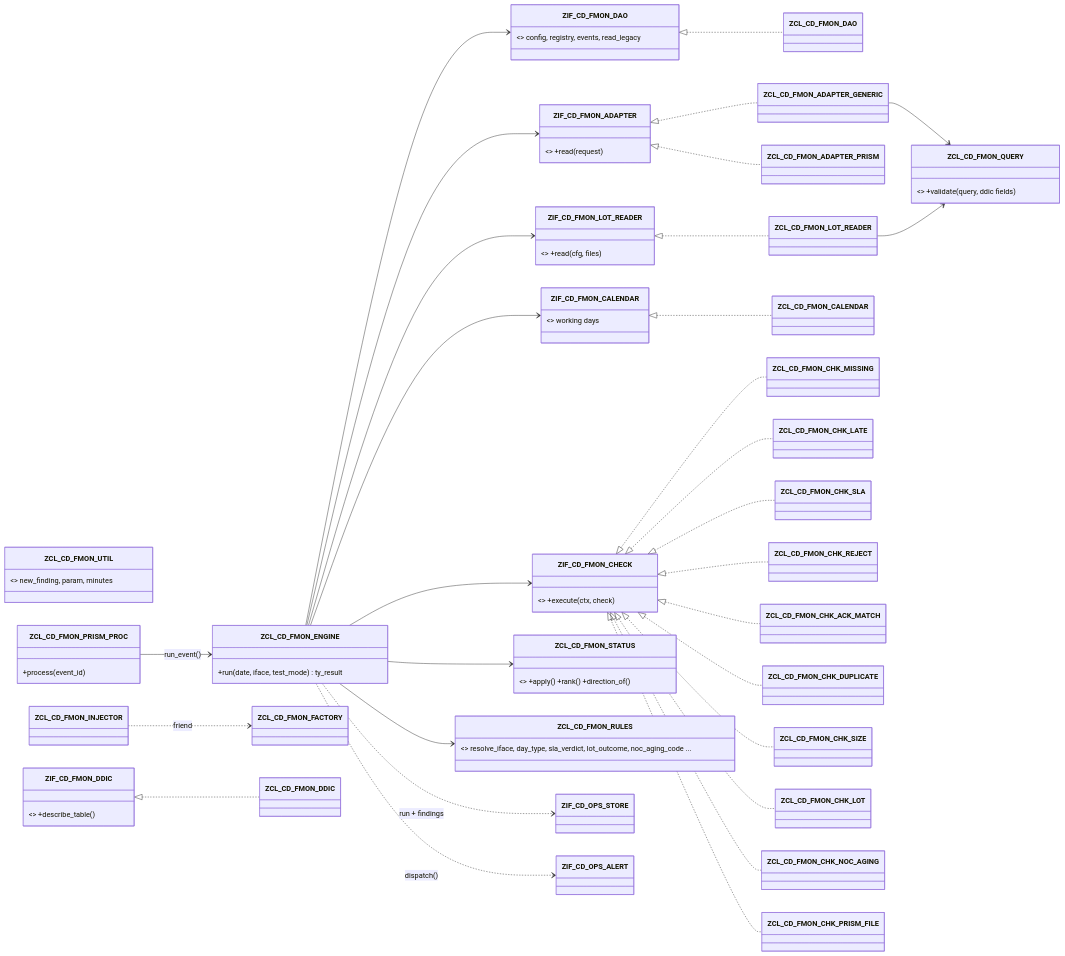
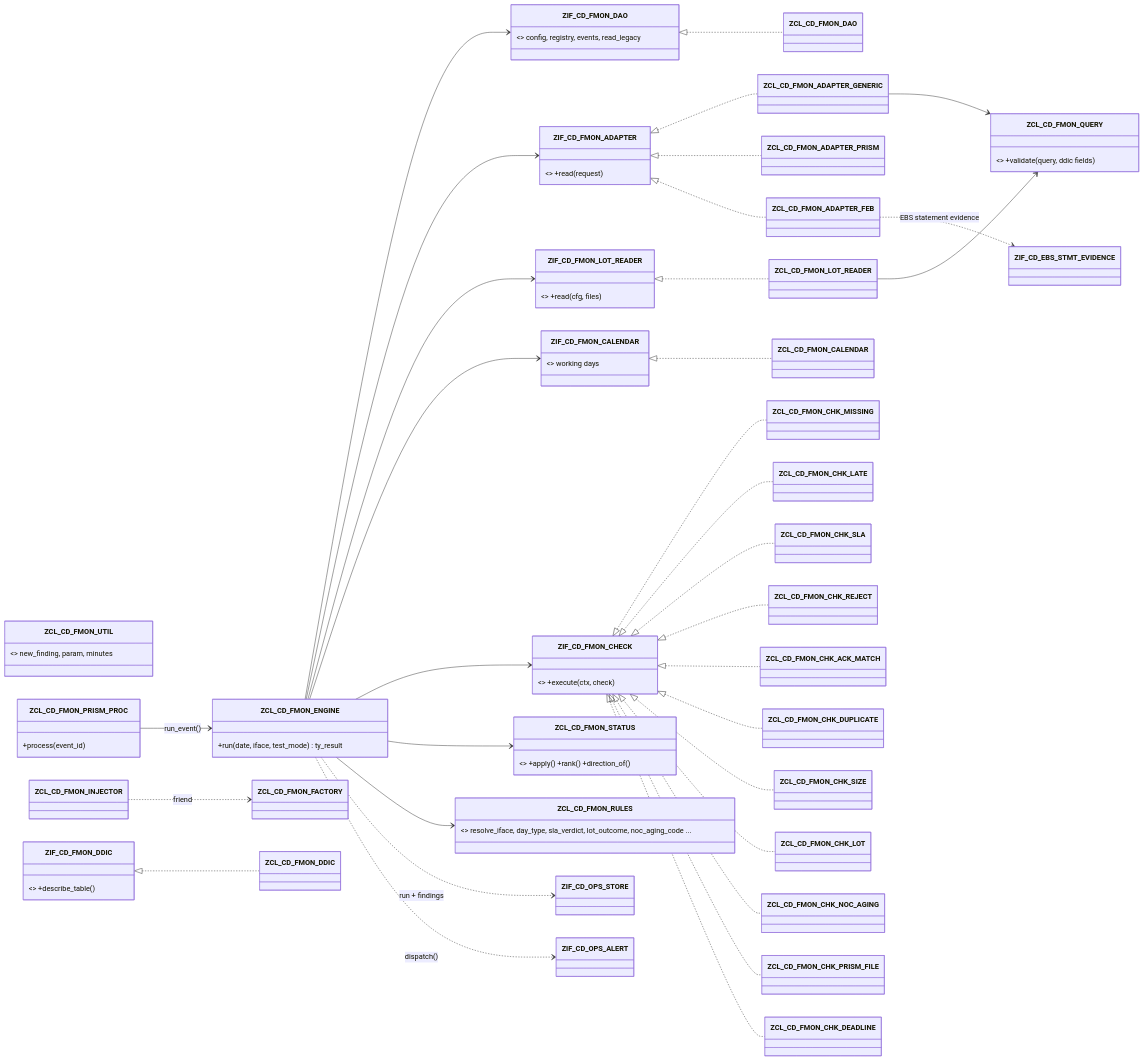
The second of 2 diagrams in ops-suite/docs/FMON_FILE_MONITORING.md (jaideep247/bai), drawn with Mermaid before and after one commit. The commit also changed other lines of this file and 12 other files, not shown here.

````diff
--- a/ops-suite/docs/FMON_FILE_MONITORING.md
+++ b/ops-suite/docs/FMON_FILE_MONITORING.md
@@ -209,47 +263,50 @@
 ```mermaid
 classDiagram
     direction LR
     class ZCL_CD_FMON_ENGINE { +run(date, iface, test_mode) ty_result }
     class ZCL_CD_FMON_STATUS { <<pure>> +apply() +rank() +direction_of() }
     class ZCL_CD_FMON_RULES { <<pure>> resolve_iface, day_type, sla_verdict, lot_outcome, noc_aging_code ... }
     class ZCL_CD_FMON_QUERY { <<pure>> +validate(query, ddic fields) }
     class ZCL_CD_FMON_UTIL { <<pure>> new_finding, param, minutes }
     class ZIF_CD_FMON_DAO { <<interface>> config, registry, events, read_legacy }
     class ZIF_CD_FMON_ADAPTER { <<interface>> +read(request) }
     class ZIF_CD_FMON_LOT_READER { <<interface>> +read(cfg, files) }
     class ZIF_CD_FMON_CALENDAR { <<interface>> working days }
     class ZIF_CD_FMON_DDIC { <<interface>> +describe_table() }
     class ZIF_CD_FMON_CHECK { <<interface>> +execute(ctx, check) }
     class ZCL_CD_FMON_FACTORY
     class ZCL_CD_FMON_INJECTOR
     ZCL_CD_FMON_ENGINE --> ZIF_CD_FMON_DAO
     ZCL_CD_FMON_ENGINE --> ZIF_CD_FMON_ADAPTER
     ZCL_CD_FMON_ENGINE --> ZIF_CD_FMON_LOT_READER
     ZCL_CD_FMON_ENGINE --> ZIF_CD_FMON_CALENDAR
     ZCL_CD_FMON_ENGINE --> ZIF_CD_FMON_CHECK
     ZCL_CD_FMON_ENGINE --> ZCL_CD_FMON_STATUS
     ZCL_CD_FMON_ENGINE --> ZCL_CD_FMON_RULES
     ZCL_CD_FMON_ENGINE ..> ZIF_CD_OPS_STORE : run + findings
     ZCL_CD_FMON_ENGINE ..> ZIF_CD_OPS_ALERT : dispatch()
     ZIF_CD_FMON_DAO <|.. ZCL_CD_FMON_DAO
     ZIF_CD_FMON_ADAPTER <|.. ZCL_CD_FMON_ADAPTER_GENERIC
     ZIF_CD_FMON_LOT_READER <|.. ZCL_CD_FMON_LOT_READER
     ZIF_CD_FMON_CALENDAR <|.. ZCL_CD_FMON_CALENDAR
     ZIF_CD_FMON_DDIC <|.. ZCL_CD_FMON_DDIC
     ZCL_CD_FMON_ADAPTER_GENERIC --> ZCL_CD_FMON_QUERY
     ZCL_CD_FMON_LOT_READER --> ZCL_CD_FMON_QUERY
     ZIF_CD_FMON_CHECK <|.. ZCL_CD_FMON_CHK_MISSING
     ZIF_CD_FMON_CHECK <|.. ZCL_CD_FMON_CHK_LATE
     ZIF_CD_FMON_CHECK <|.. ZCL_CD_FMON_CHK_SLA
     ZIF_CD_FMON_CHECK <|.. ZCL_CD_FMON_CHK_REJECT
     ZIF_CD_FMON_CHECK <|.. ZCL_CD_FMON_CHK_ACK_MATCH
     ZIF_CD_FMON_CHECK <|.. ZCL_CD_FMON_CHK_DUPLICATE
     ZIF_CD_FMON_CHECK <|.. ZCL_CD_FMON_CHK_SIZE
     ZIF_CD_FMON_CHECK <|.. ZCL_CD_FMON_CHK_LOT
     ZIF_CD_FMON_CHECK <|.. ZCL_CD_FMON_CHK_NOC_AGING
     ZIF_CD_FMON_CHECK <|.. ZCL_CD_FMON_CHK_PRISM_FILE
     ZIF_CD_FMON_ADAPTER <|.. ZCL_CD_FMON_ADAPTER_PRISM
+    ZIF_CD_FMON_ADAPTER <|.. ZCL_CD_FMON_ADAPTER_FEB
+    ZCL_CD_FMON_ADAPTER_FEB ..> ZIF_CD_EBS_STMT_EVIDENCE : EBS statement evidence
+    ZIF_CD_FMON_CHECK <|.. ZCL_CD_FMON_CHK_DEADLINE
     class ZCL_CD_FMON_PRISM_PROC { +process(event_id) }
     ZCL_CD_FMON_PRISM_PROC --> ZCL_CD_FMON_ENGINE : run_event()
     ZCL_CD_FMON_INJECTOR ..> ZCL_CD_FMON_FACTORY : friend
 ```
````
